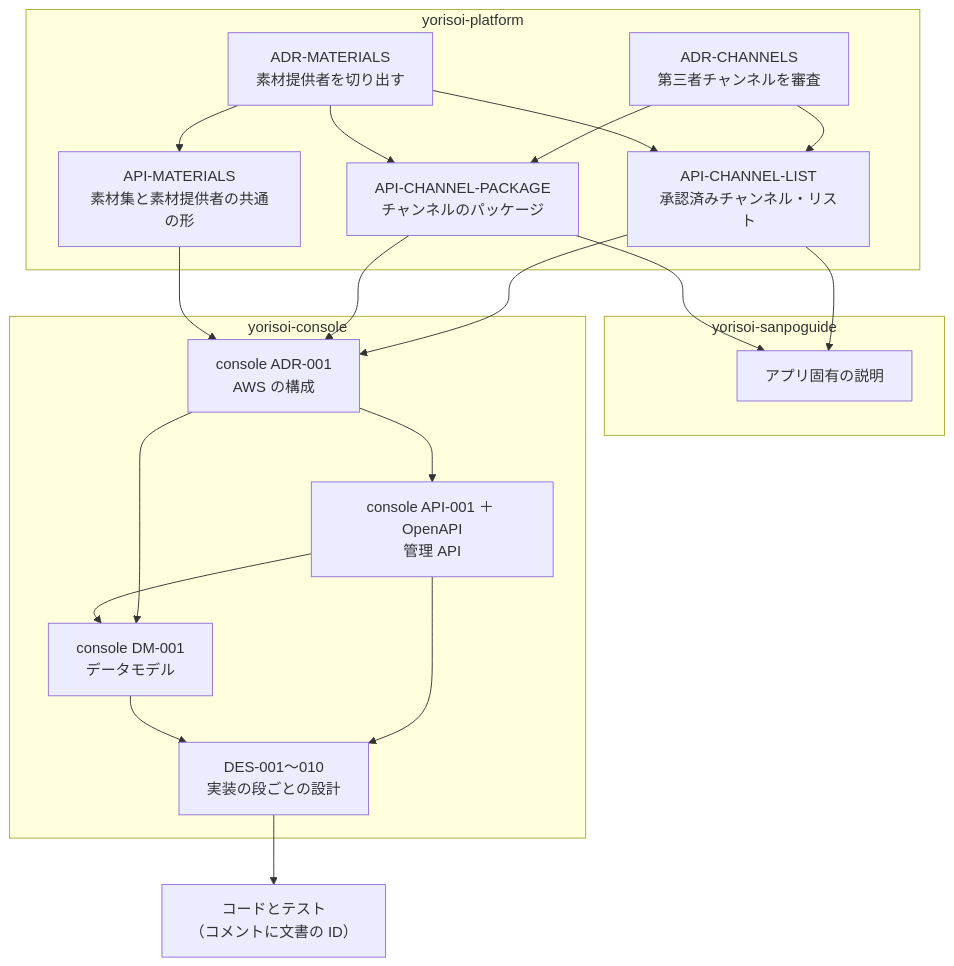
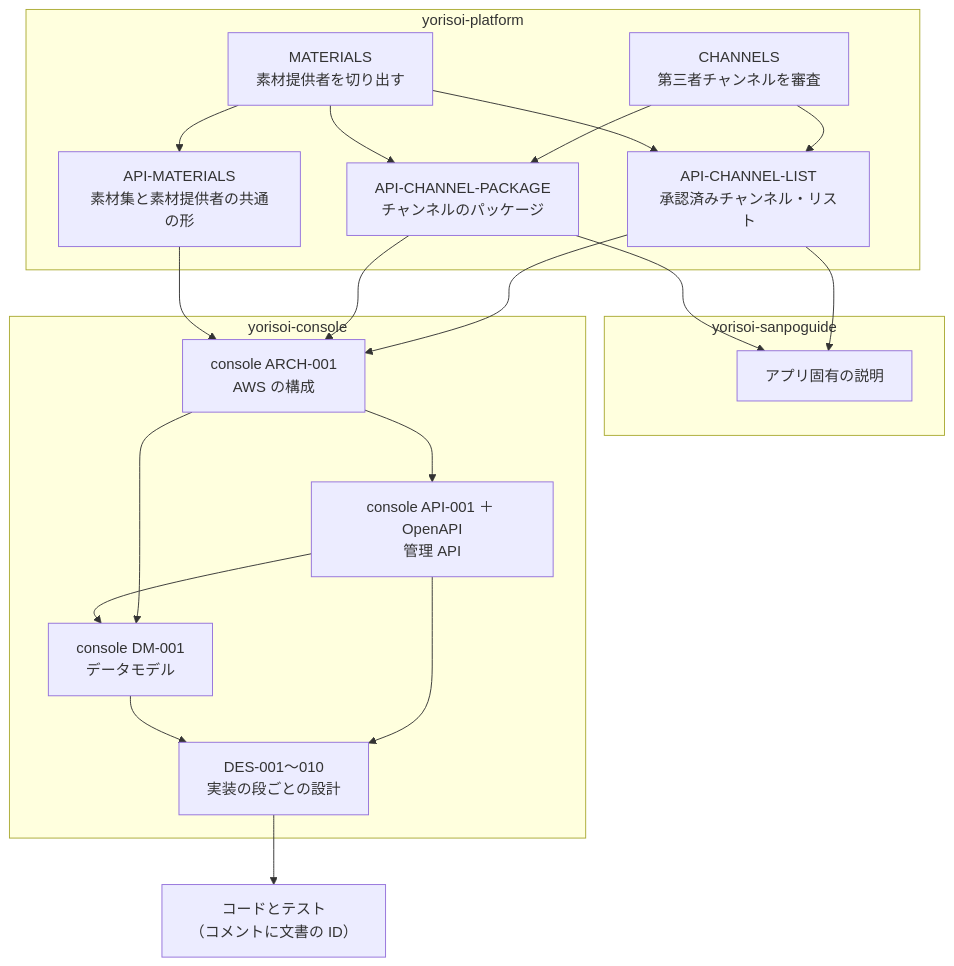
Before and after one commit to duwenji/yorisoi-tutorial: the first of 2 diagrams in 09-console/05-docs.md, drawn with Mermaid. The commit also changed other lines of this file and 33 other files, not shown here.

````diff
--- a/09-console/05-docs.md
+++ b/09-console/05-docs.md
@@ -43,26 +43,26 @@
 ```mermaid
 flowchart TB
     subgraph PL["yorisoi-platform"]
-        SADR["ADR-CHANNELS<br/>第三者チャンネルを審査"] --> API2["API-CHANNEL-LIST<br/>承認済みチャンネル・リスト"]
+        SADR["CHANNELS<br/>第三者チャンネルを審査"] --> API2["API-CHANNEL-LIST<br/>承認済みチャンネル・リスト"]
         SADR --> API3["API-CHANNEL-PACKAGE<br/>チャンネルのパッケージ"]
-        SADR2["ADR-MATERIALS<br/>素材提供者を切り出す"] --> API4["API-MATERIALS<br/>素材集と素材提供者の共通の形"]
+        SADR2["MATERIALS<br/>素材提供者を切り出す"] --> API4["API-MATERIALS<br/>素材集と素材提供者の共通の形"]
         SADR2 --> API2
         SADR2 --> API3
     end
     subgraph SG["yorisoi-sanpoguide"]
         SGDOC["アプリ固有の説明"]
     end
     subgraph CC["yorisoi-console"]
-        ADR["console ADR-001<br/>AWS の構成"] --> API1["console API-001 ＋ OpenAPI<br/>管理 API"]
+        ADR["console ARCH-001<br/>AWS の構成"] --> API1["console API-001 ＋ OpenAPI<br/>管理 API"]
         ADR --> DM["console DM-001<br/>データモデル"]
         API1 --> DM
         API1 --> DES["DES-001〜010<br/>実装の段ごとの設計"]
         DM --> DES
     end
     API2 --> ADR
     API3 --> ADR
     API4 --> ADR
     API2 --> SGDOC
     API3 --> SGDOC
     DES --> CODE["コードとテスト<br/>（コメントに文書の ID）"]
 ```
````
